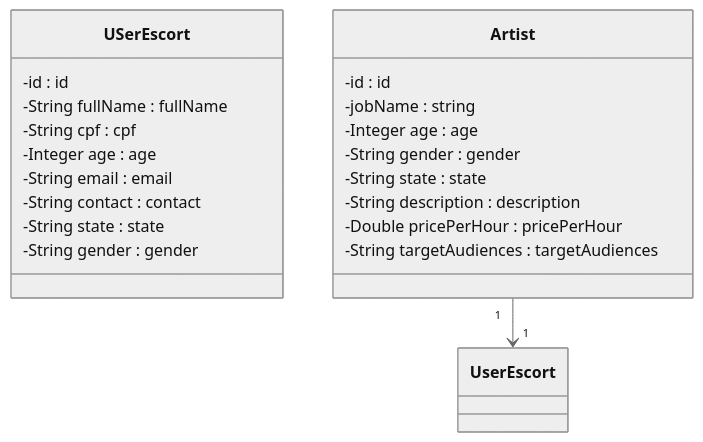
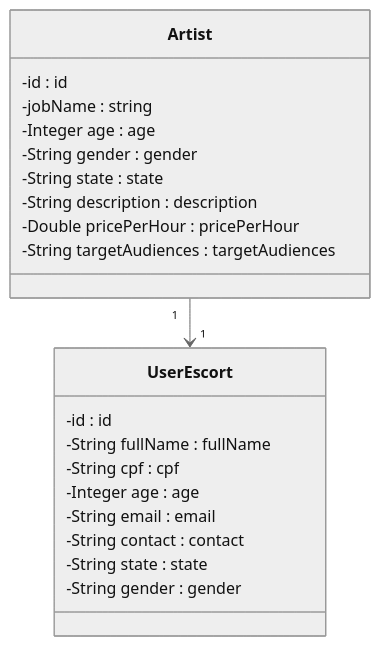
One commit to Gabmasc/NuvellAPI changed the diagram in README.md. Above: the diagram before and after it, drawn with Mermaid (neutral theme).

````diff
--- a/README.md
+++ b/README.md
@@ -18,24 +18,24 @@
 ```mermaid 
 classDiagram
-class USerEscort {
+class UserEscort {
     -id : id
     -String fullName : fullName
     -String cpf : cpf
     -Integer age : age
     -String email : email
     -String contact : contact
     -String state : state
     -String gender : gender
 }
 class Artist{
     -id : id
     -jobName : string
     -Integer age : age
     -String gender : gender
     -String state : state
     -String description : description
     -Double pricePerHour : pricePerHour
     -String targetAudiences : targetAudiences
 }
 Artist "1" --> "1" UserEscort
 ```
````
